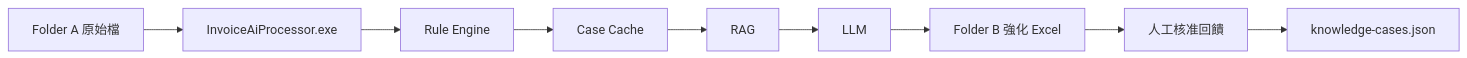
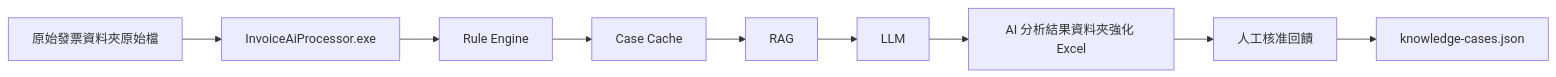
Before and after one commit to greensaga444/invoice-intelligence-assistant: the third of 3 diagrams in README.md, drawn with Mermaid. The commit also changed other lines of this file and 4 other files, not shown here.

````diff
--- a/README.md
+++ b/README.md
@@ -311,11 +311,11 @@
 ```mermaid
 flowchart LR
-		A[Folder A 原始檔] --> B[InvoiceAiProcessor.exe]
+		A[原始發票資料夾原始檔] --> B[InvoiceAiProcessor.exe]
 		B --> C[Rule Engine]
 		C --> D[Case Cache]
 		D --> E[RAG]
 		E --> F[LLM]
-		F --> G[Folder B 強化 Excel]
+		F --> G[AI 分析結果資料夾強化 Excel]
 		G --> H[人工核准回饋]
 		H --> I[knowledge-cases.json]
 ```
````
